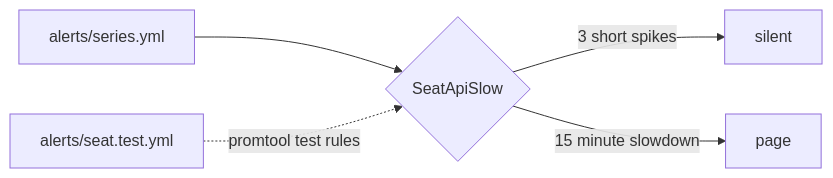
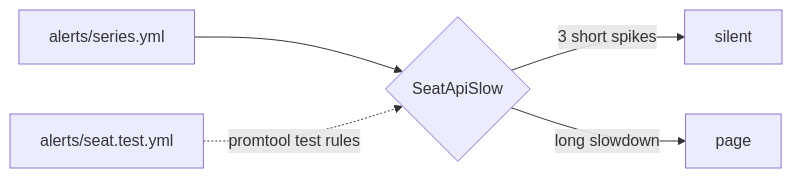
One commit to learnwithparam/claude-code-for-devops changed the diagram in parts/03-give-it-eyes/02-quiet-the-noisy-alert/problem/README.md. Above: the diagram before and after it, drawn with Mermaid. The commit also changed other lines of this file and 496 other files, not shown here.

````diff
--- a/parts/03-give-it-eyes/02-quiet-the-noisy-alert/problem/README.md
+++ b/parts/03-give-it-eyes/02-quiet-the-noisy-alert/problem/README.md
@@ -22,7 +11,7 @@
 ```mermaid
 flowchart LR
   S[alerts/series.yml] --> R{SeatApiSlow}
   R -->|3 short spikes| Q[silent]
-  R -->|15 minute slowdown| P[page]
+  R -->|long slowdown| P[page]
   T[alerts/seat.test.yml] -.promtool test rules.-> R
 ```
````
